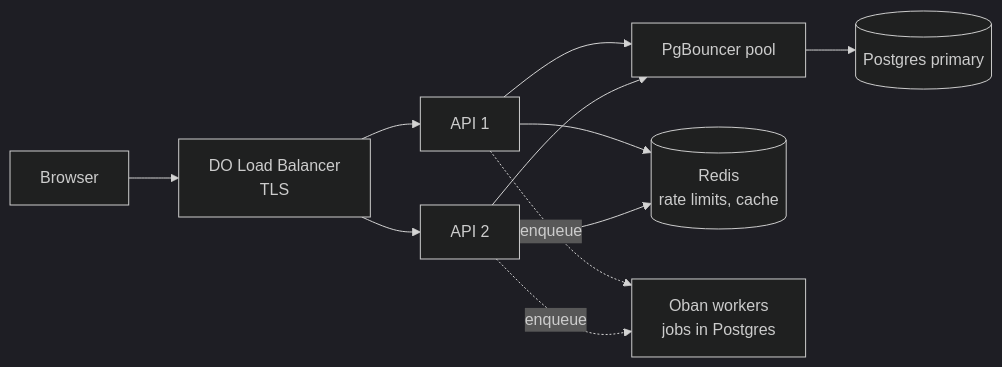
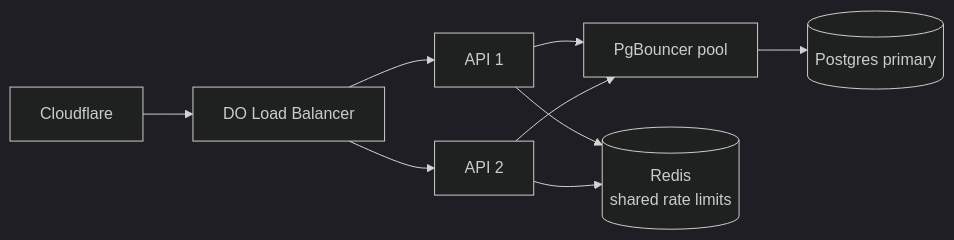
Before and after one commit to chanphiromsok/ex: the fourth of 4 diagrams in docs/system-design.md, drawn with Mermaid (dark theme). The commit also changed other lines of this file and 16 other files, not shown here.

````diff
--- a/docs/system-design.md
+++ b/docs/system-design.md
@@ -63,10 +113,9 @@
 ```mermaid
 flowchart LR
-    B[Browser] --> LB[DO Load Balancer<br/>TLS]
+    CF[Cloudflare] --> LB[DO Load Balancer]
     LB --> A1[API 1]
     LB --> A2[API 2]
     A1 & A2 --> PGB[PgBouncer pool]
     PGB --> M[(Postgres primary)]
-    A1 & A2 --> R[(Redis<br/>rate limits, cache)]
-    A1 & A2 -.enqueue.-> O[Oban workers<br/>jobs in Postgres]
+    A1 & A2 --> R[(Redis<br/>shared rate limits)]
 ```
````
